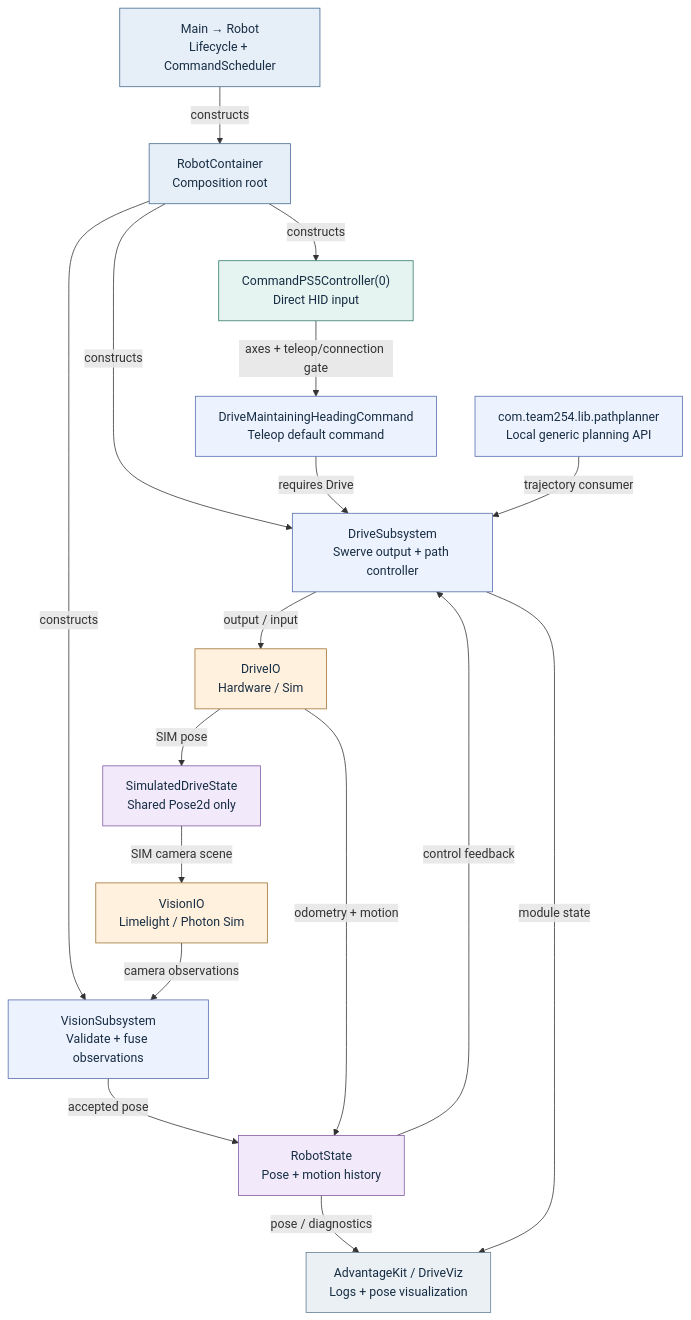
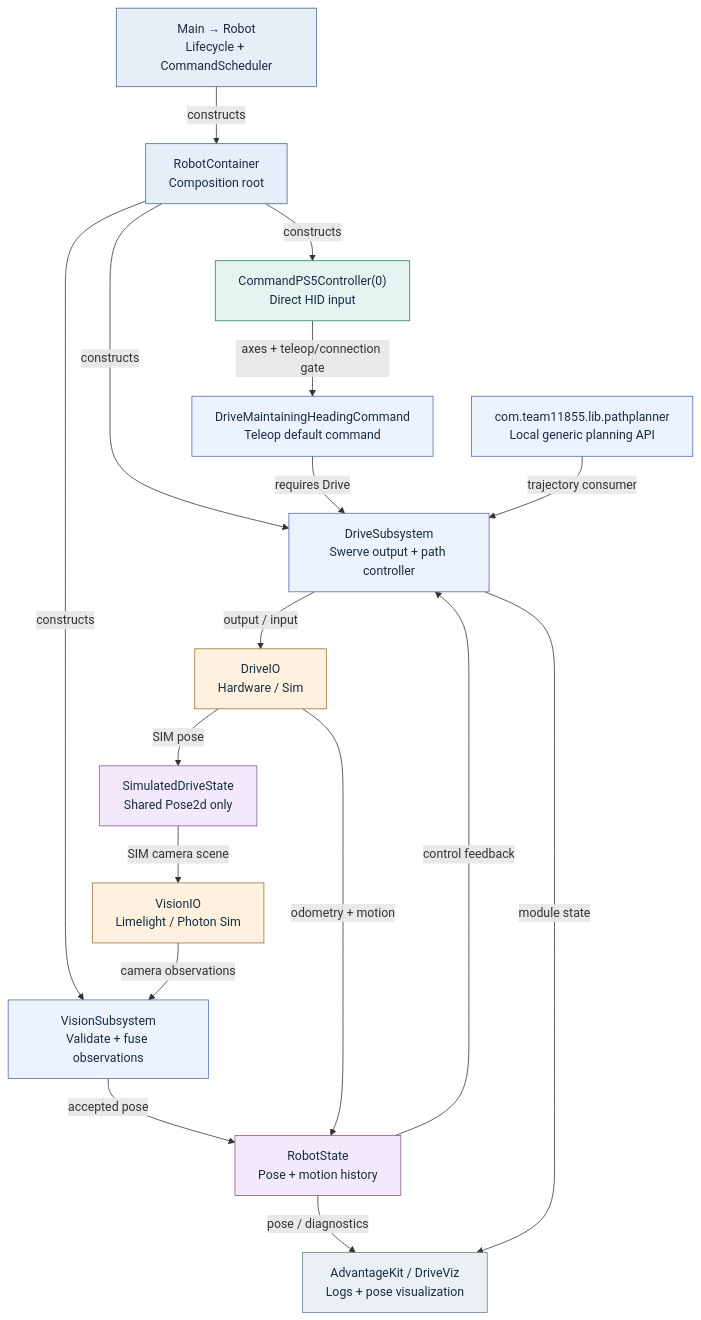
One commit to PepsiLee/FRC-2026-Systemcore-Public-main changed the diagram in docs/drive-vision/diagrams/01-architecture.mmd. Above: the diagram before and after it, drawn with Mermaid. The commit also changed 191 other files, not shown here.

```diff
--- a/docs/drive-vision/diagrams/01-architecture.mmd
+++ b/docs/drive-vision/diagrams/01-architecture.mmd
@@ -1,37 +1,37 @@
 flowchart TB
     main["Main → Robot<br/>Lifecycle + CommandScheduler"]:::host
     container["RobotContainer<br/>Composition root"]:::host
     ps5["CommandPS5Controller(0)<br/>Direct HID input"]:::input
     heading["DriveMaintainingHeadingCommand<br/>Teleop default command"]:::logic
     drive["DriveSubsystem<br/>Swerve output + path controller"]:::logic
     vision["VisionSubsystem<br/>Validate + fuse observations"]:::logic
     state["RobotState<br/>Pose + motion history"]:::state
     driveio["DriveIO<br/>Hardware / Sim"]:::io
     visionio["VisionIO<br/>Limelight / Photon Sim"]:::io
     simstate["SimulatedDriveState<br/>Shared Pose2d only"]:::state
-    paths["com.team254.lib.pathplanner<br/>Local generic planning API"]:::logic
+    paths["com.team11855.lib.pathplanner<br/>Local generic planning API"]:::logic
     logs["AdvantageKit / DriveViz<br/>Logs + pose visualization"]:::sink
     main -->|"constructs"| container
     container -->|"constructs"| ps5
     container -->|"constructs"| drive
     container -->|"constructs"| vision
     ps5 -->|"axes + teleop/connection gate"| heading
     heading -->|"requires Drive"| drive
     paths -->|"trajectory consumer"| drive
     drive -->|"output / input"| driveio
     visionio -->|"camera observations"| vision
     vision -->|"accepted pose"| state
     driveio -->|"odometry + motion"| state
     state -->|"control feedback"| drive
     driveio -->|"SIM pose"| simstate
     simstate -->|"SIM camera scene"| visionio
     state -->|"pose / diagnostics"| logs
     drive -->|"module state"| logs
     classDef host fill:#e6eef8,stroke:#43688f,color:#172d43
     classDef input fill:#e5f4f0,stroke:#2d7868,color:#172d43
     classDef logic fill:#edf2ff,stroke:#5269ad,color:#172d43
     classDef io fill:#fff1dd,stroke:#9c7032,color:#172d43
     classDef state fill:#f2eafb,stroke:#8057a2,color:#172d43
     classDef sink fill:#eaf0f4,stroke:#627c91,color:#172d43
     classDef stop fill:#fce8e8,stroke:#a34b50,color:#172d43
     classDef decision fill:#fff7d8,stroke:#9c852d,color:#172d43
```
